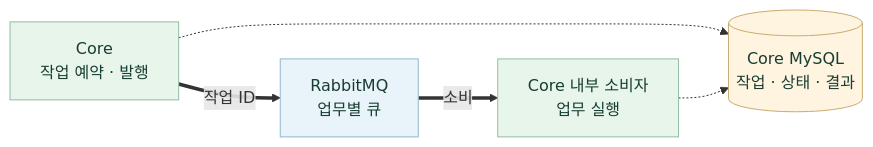
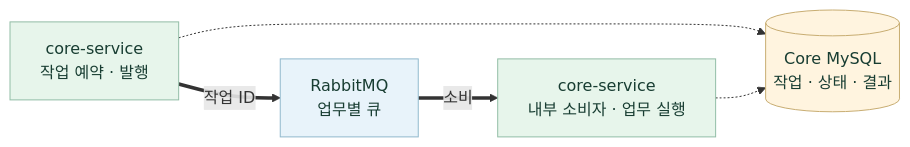
One commit to 20220348-kim/SKN34-4th-1Team changed the fourth of 7 diagrams in README.md. Above: the diagram before and after it, drawn with Mermaid. The commit also changed other lines of this file, not shown here.

````diff
--- a/README.md
+++ b/README.md
@@ -160,13 +160,13 @@
 ```mermaid
 flowchart LR
-    Producer["Core<br/>작업 예약 · 발행"] ==>|작업 ID| Queue["RabbitMQ<br/>업무별 큐"]
-    Queue ==>|소비| Consumer["Core 내부 소비자<br/>업무 실행"]
+    Producer["core-service<br/>작업 예약 · 발행"] ==>|작업 ID| Queue["RabbitMQ<br/>업무별 큐"]
+    Queue ==>|소비| Consumer["core-service<br/>내부 소비자 · 업무 실행"]
     Producer -.-> CoreDB[("Core MySQL<br/>작업 · 상태 · 결과")]
     Consumer -.-> CoreDB
     classDef service fill:#e7f5eb,stroke:#92bda6,color:#183d32
     classDef queue fill:#e8f3fa,stroke:#91b9cd,color:#183d32
     classDef storage fill:#fff4df,stroke:#c8ad72,color:#183d32
     class Producer,Consumer service
     class Queue queue
     class CoreDB storage
 ```
````
